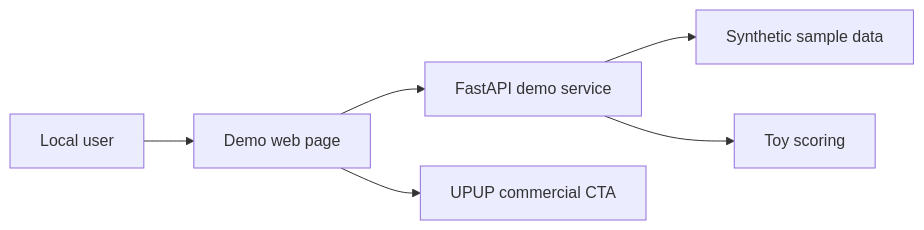
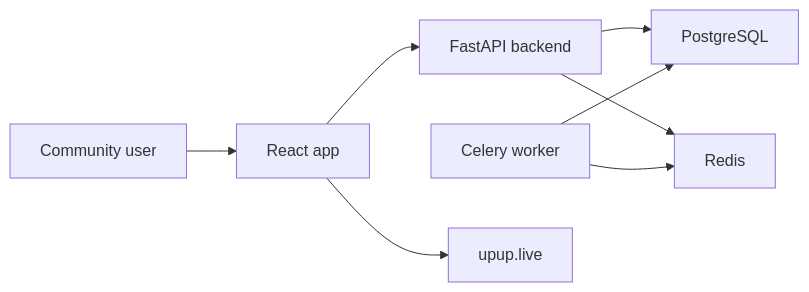
The first of 5 diagrams in docs/architecture.md (jinjinwa/upup-review-assistant), drawn with Mermaid before and after one commit. The commit also changed other lines of this file and 93 other files, not shown here.

````diff
--- a/docs/architecture.md
+++ b/docs/architecture.md
@@ -7,8 +5,10 @@
 ```mermaid
 flowchart LR
-  U["Local user"] --> W["Demo web page"]
-  W --> A["FastAPI demo service"]
-  A --> D["Synthetic sample data"]
-  A --> S["Toy scoring"]
-  W --> C["UPUP commercial CTA"]
+  User["Community user"] --> Frontend["React app"]
+  Frontend --> API["FastAPI backend"]
+  API --> DB["PostgreSQL"]
+  API --> Redis["Redis"]
+  Worker["Celery worker"] --> Redis
+  Worker --> DB
+  Frontend --> CTA["upup.live"]
 ```
````
